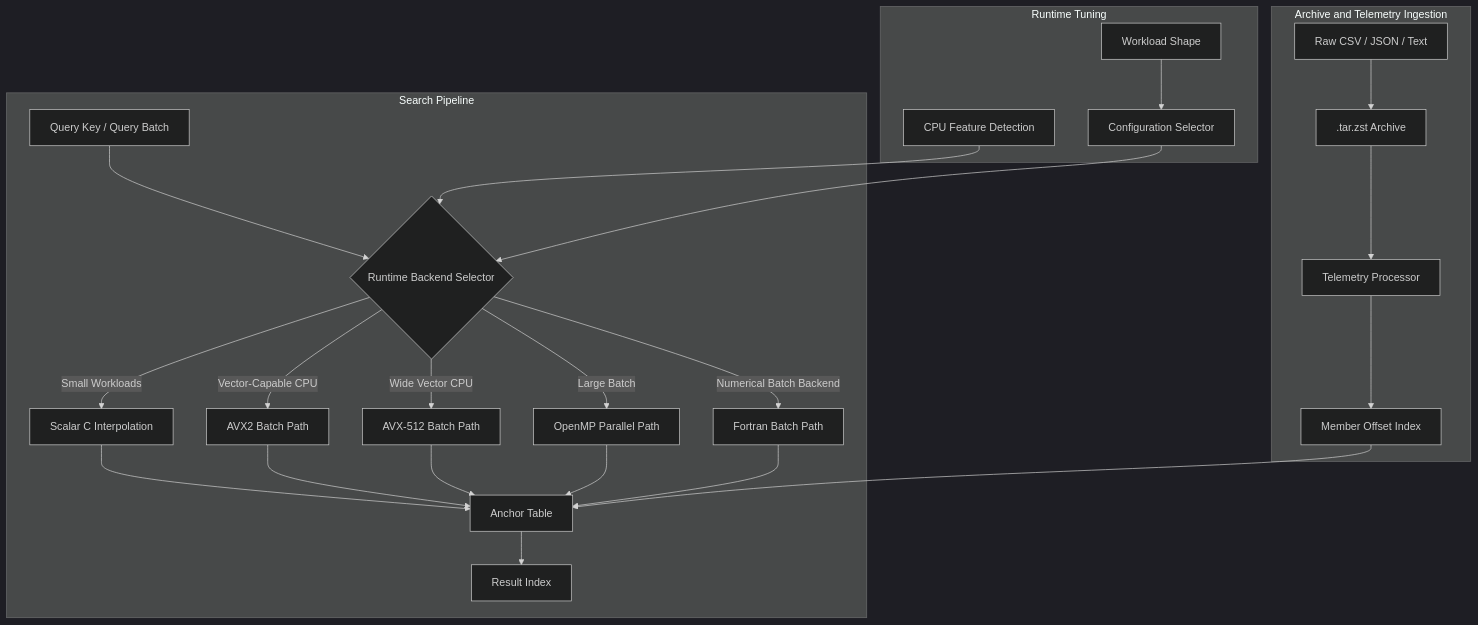
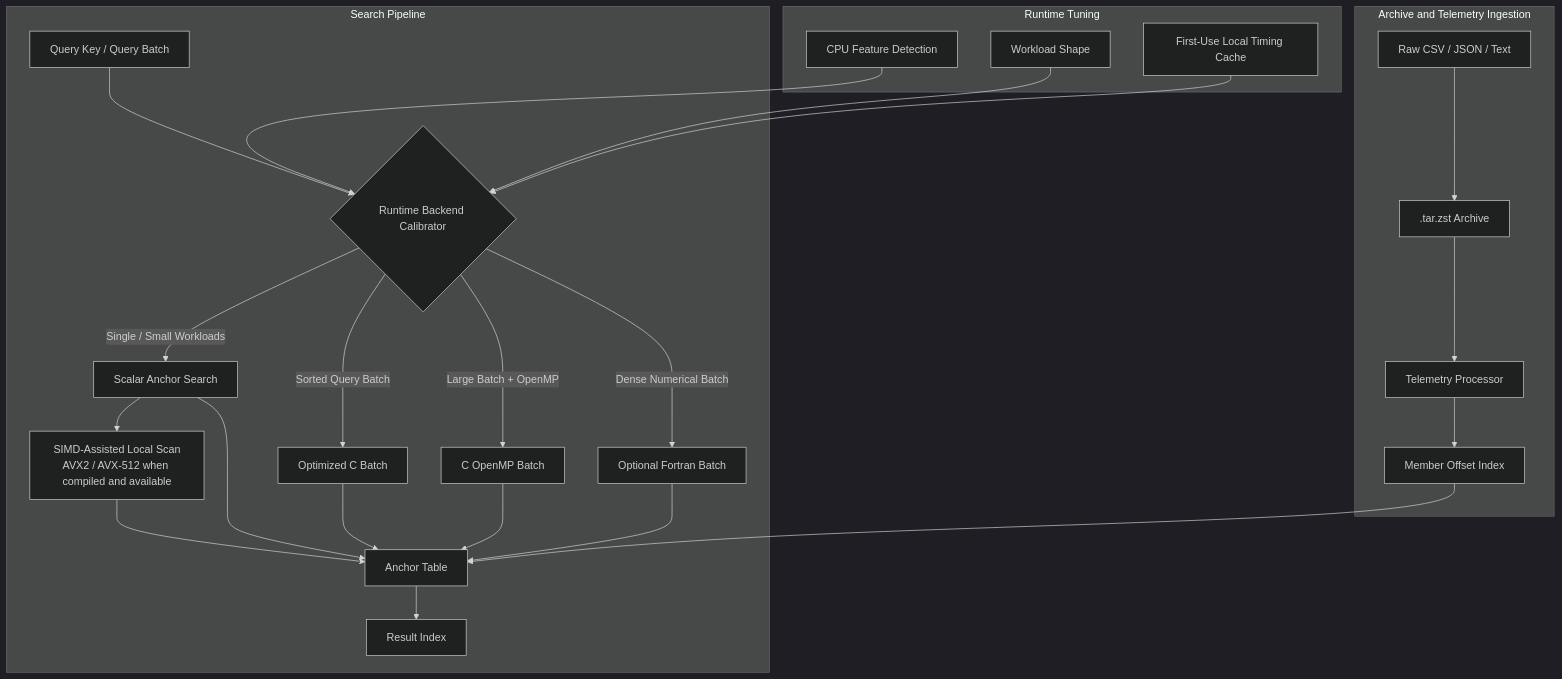
Before and after one commit to SWORDIntel/KEYSTONE: the first of 4 diagrams in README.md, drawn with Mermaid (dark theme). The commit also changed other lines of this file and 20 other files, not shown here.

````diff
--- a/README.md
+++ b/README.md
@@ -77,30 +129,30 @@
 ```mermaid
 flowchart TB
     subgraph Search["Search Pipeline"]
-        Q["Query Key / Query Batch"] --> Auto{"Runtime Backend Selector"}
-        Auto -->|Small Workloads| S["Scalar C Interpolation"]
-        Auto -->|Vector-Capable CPU| A2["AVX2 Batch Path"]
-        Auto -->|Wide Vector CPU| A5["AVX-512 Batch Path"]
-        Auto -->|Large Batch| MP["OpenMP Parallel Path"]
-        Auto -->|Numerical Batch Backend| FT["Fortran Batch Path"]
+        Q["Query Key / Query Batch"] --> Auto{"Runtime Backend Calibrator"}
+        Auto -->|Single / Small Workloads| S["Scalar Anchor Search"]
+        Auto -->|Sorted Query Batch| CB["Optimized C Batch"]
+        Auto -->|Large Batch + OpenMP| MP["C OpenMP Batch"]
+        Auto -->|Dense Numerical Batch| FT["Optional Fortran Batch"]
+        S --> SIMD["SIMD-Assisted Local Scan<br/>AVX2 / AVX-512 when compiled and available"]
         S --> AT["Anchor Table"]
-        A2 --> AT
-        A5 --> AT
+        CB --> AT
+        SIMD --> AT
         MP --> AT
         FT --> AT
         AT --> R["Result Index"]
     end
 
     subgraph Ingestion["Archive and Telemetry Ingestion"]
         RAW["Raw CSV / JSON / Text"] --> TZST[".tar.zst Archive"]
         TZST --> TP["Telemetry Processor"]
         TP --> IDX["Member Offset Index"]
         IDX --> AT
     end
 
     subgraph Tuning["Runtime Tuning"]
         CPU["CPU Feature Detection"] --> Auto
-        WL["Workload Shape"] --> CFG["Configuration Selector"]
-        CFG --> Auto
+        WL["Workload Shape"] --> Auto
+        CAL["First-Use Local Timing Cache"] --> Auto
     end
 ```
````
